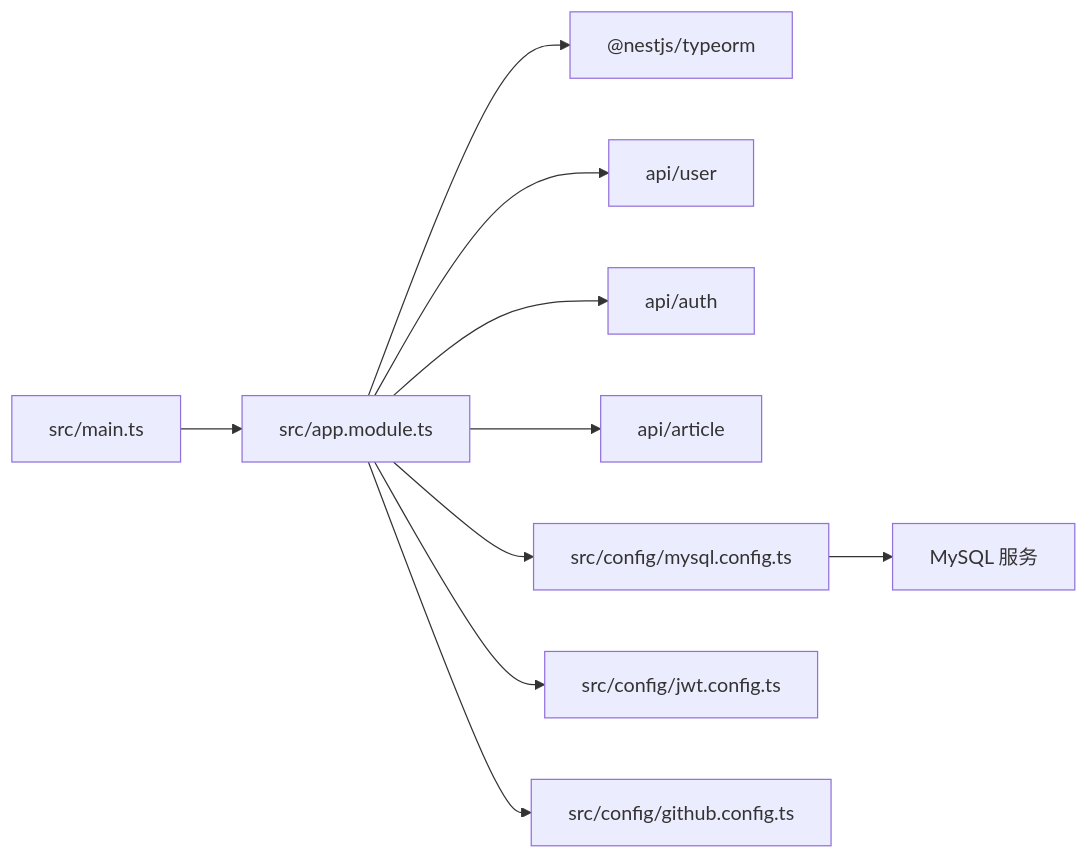
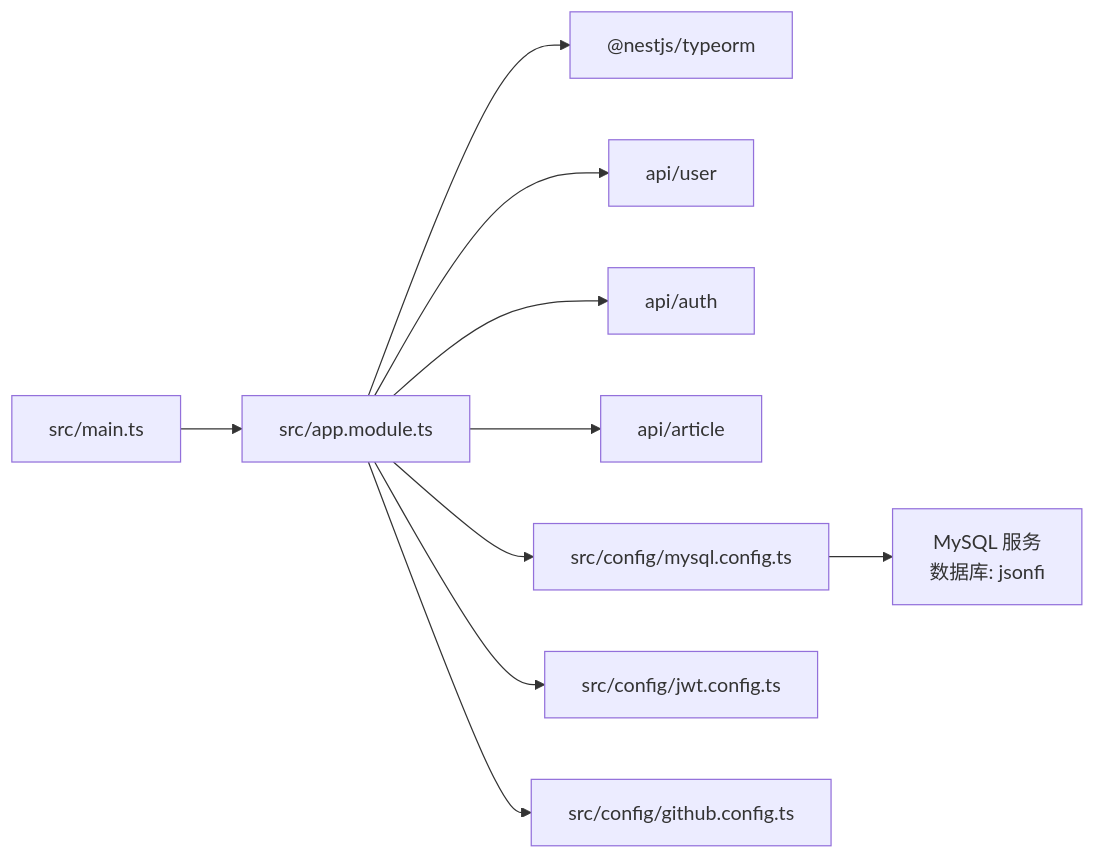
The fourth of 4 diagrams in .qoder/repowiki/zh/content/部署运维/部署方案/Docker 容器化部署.md (JsonFish/json-server), drawn with Mermaid before and after one commit. The commit also changed other lines of this file and 52 other files, not shown here.

````diff
--- a/.qoder/repowiki/zh/content/部署运维/部署方案/Docker 容器化部署.md
+++ b/.qoder/repowiki/zh/content/部署运维/部署方案/Docker 容器化部署.md
@@ -253,12 +264,12 @@
 ```mermaid
 graph LR
 M["src/main.ts"] --> AM["src/app.module.ts"]
 AM --> TM["@nestjs/typeorm"]
 AM --> UM["api/user"]
 AM --> AU["api/auth"]
 AM --> AR["api/article"]
 AM --> MC["src/config/mysql.config.ts"]
 AM --> JC["src/config/jwt.config.ts"]
 AM --> GC["src/config/github.config.ts"]
-MC --> DB["MySQL 服务"]
+MC --> DB["MySQL 服务<br/>数据库: jsonfi"]
 ```
````
